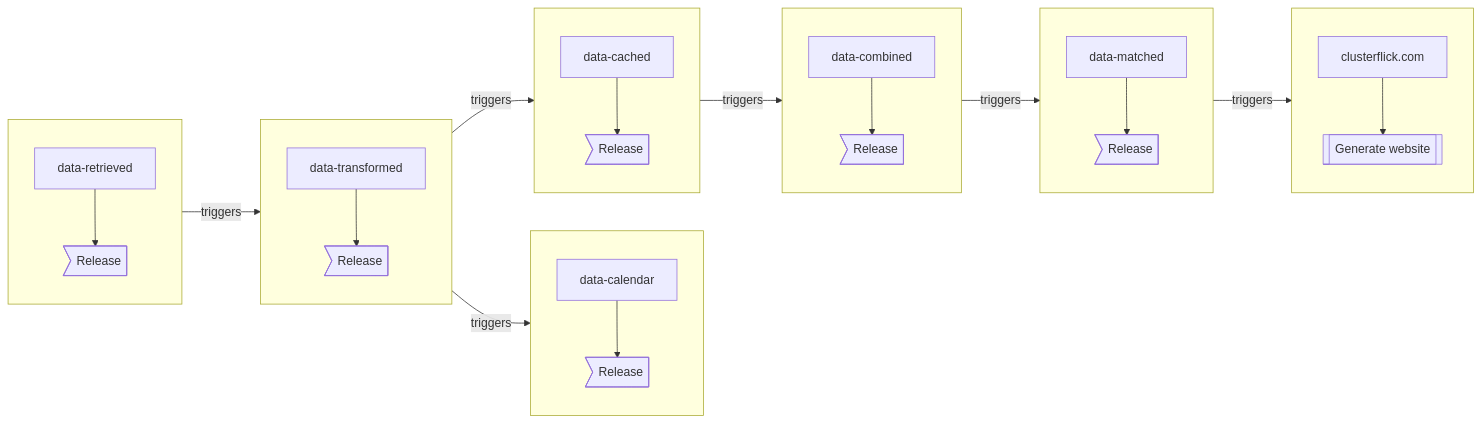
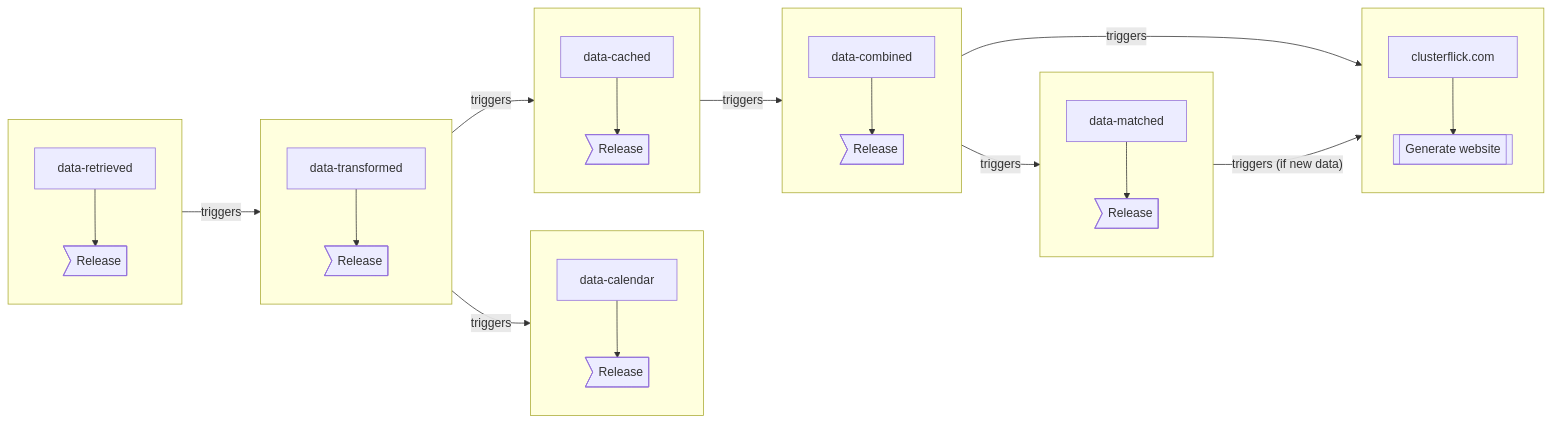
One commit to clusterflick/.github changed the diagram in profile/README.md. Above: the diagram before and after it, drawn with Mermaid. The commit also changed other lines of this file, not shown here.

Commit message:
Update to reflect changes to data pipeline

````diff
--- a/profile/README.md
+++ b/profile/README.md
@@ -24,52 +19,53 @@
 ```mermaid
 flowchart LR
     retrieved["data-retrieved"]
     transformed["data-transformed"]
     calendar["data-calendar"]
     cached["data-cached"]
     combined["data-combined"]
     matched["data-matched"]
 
     subgraph retrival[" "]
         direction TB
         retrieved --> retrival-release>Release]
     end
 
     subgraph transformation[" "]
         direction TB
         transformed --> transformation-release>Release]
     end
 
     subgraph calendars[" "]
         direction TB
         calendar --> calendar-release>Release]
     end
 
     subgraph caching[" "]
         direction TB
         cached --> cached-release>Release]
     end
 
     subgraph combination[" "]
         direction TB
         combined --> combined-release>Release]
     end
 
     subgraph matching[" "]
         direction TB
         matched --> matched-release>Release]
     end
 
     subgraph website[" "]
         direction TB
         clusterflick.com --> id1[[Generate website]]
     end
 
     retrival --triggers--> transformation
     transformation --triggers--> calendars
     transformation --triggers--> caching
     caching --triggers--> combination
     combination --triggers--> matching
-    matching --triggers--> website
+    combination --triggers--> website
+    matching --"triggers (if new data)"--> website
 
 ```
````
